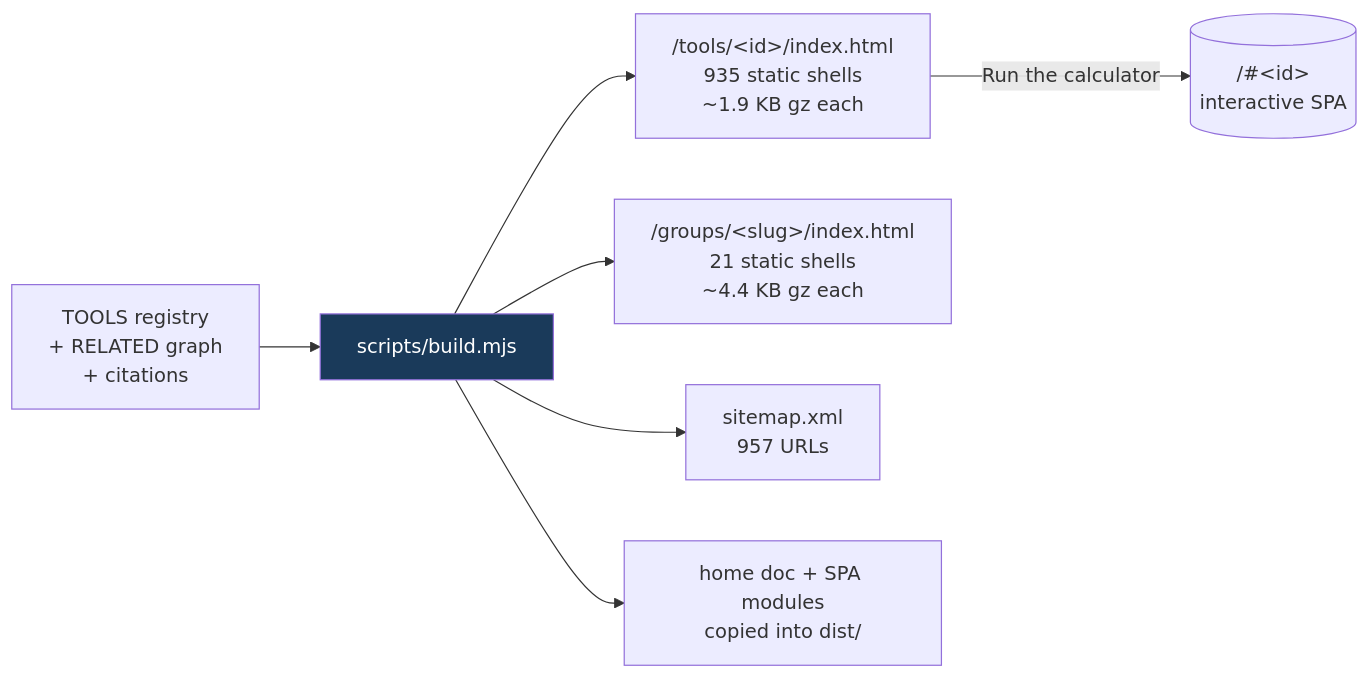
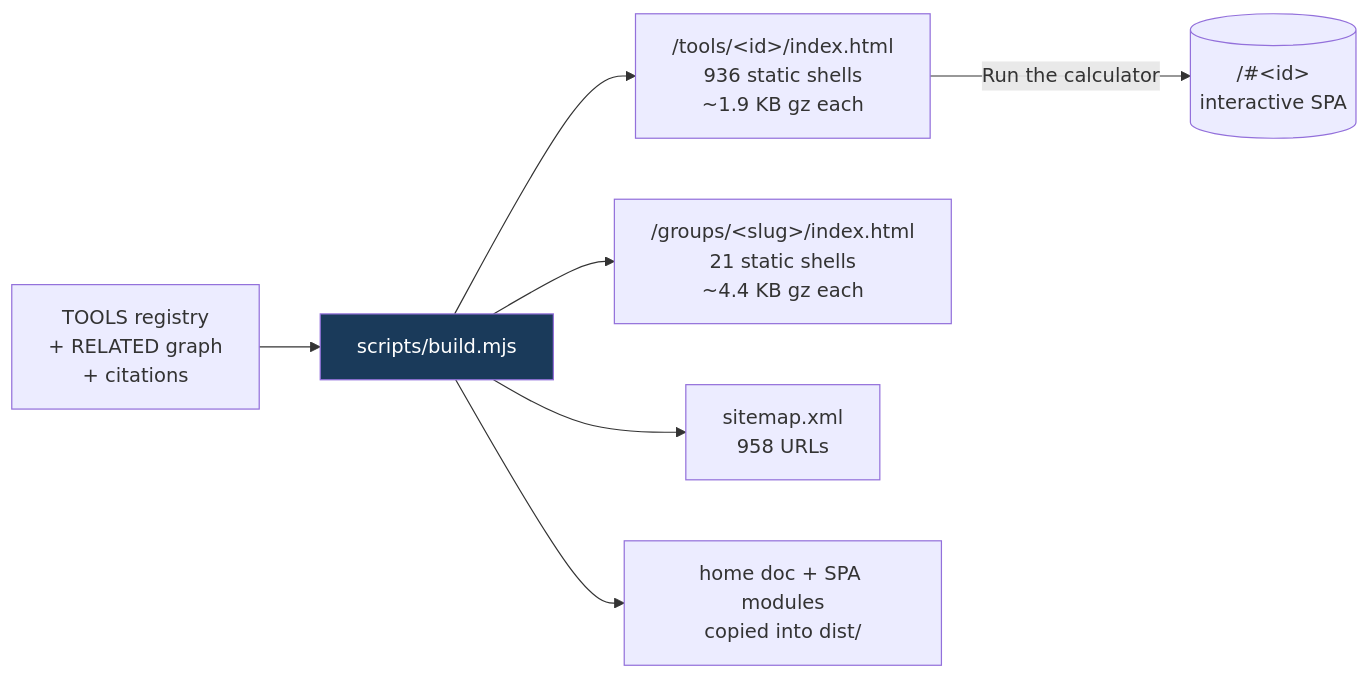
One commit to clay-good/roughlogic.com changed the fifth of 8 diagrams in README.md. Above: the diagram before and after it, drawn with Mermaid. The commit also changed other lines of this file and 18 other files, not shown here.

````diff
--- a/README.md
+++ b/README.md
@@ -495,10 +495,10 @@
 ```mermaid
 flowchart LR
     SRC[TOOLS registry\n+ RELATED graph\n+ citations] --> BUILD[scripts/build.mjs]
-    BUILD --> TILE["/tools/&lt;id&gt;/index.html\n935 static shells\n~1.9 KB gz each"]
+    BUILD --> TILE["/tools/&lt;id&gt;/index.html\n936 static shells\n~1.9 KB gz each"]
     BUILD --> GROUP["/groups/&lt;slug&gt;/index.html\n21 static shells\n~4.4 KB gz each"]
-    BUILD --> MAP["sitemap.xml\n957 URLs"]
+    BUILD --> MAP["sitemap.xml\n958 URLs"]
     BUILD --> COPY[home doc + SPA modules\ncopied into dist/]
     TILE -->|Run the calculator| SPA[("/#&lt;id&gt;\ninteractive SPA")]
     style BUILD fill:#1a3a5a,color:#fff
 ```
````
